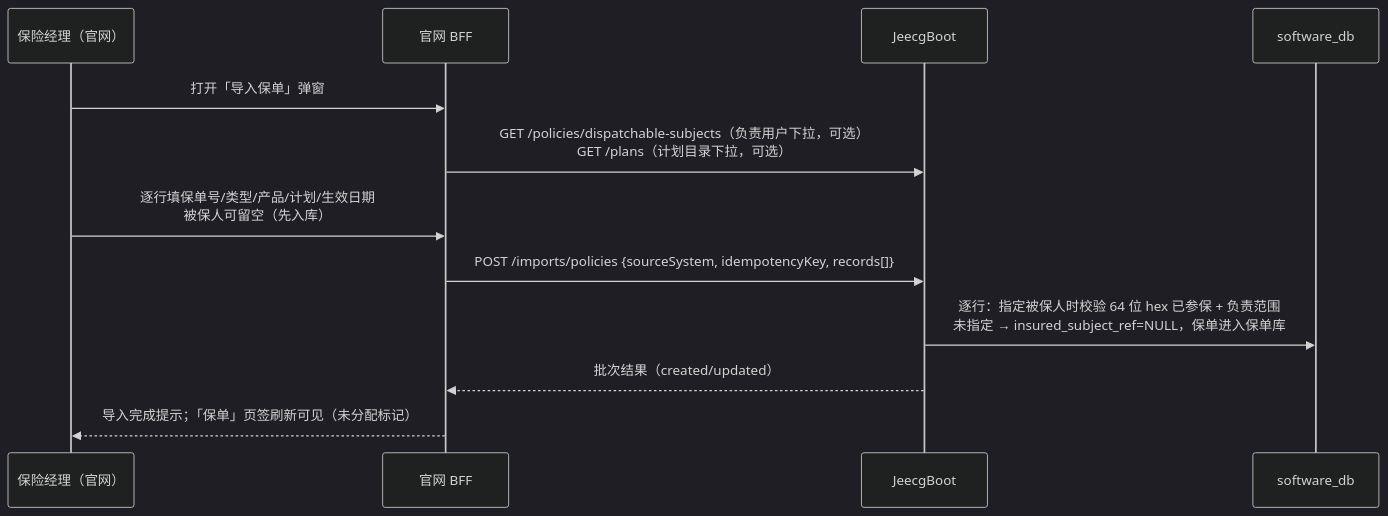
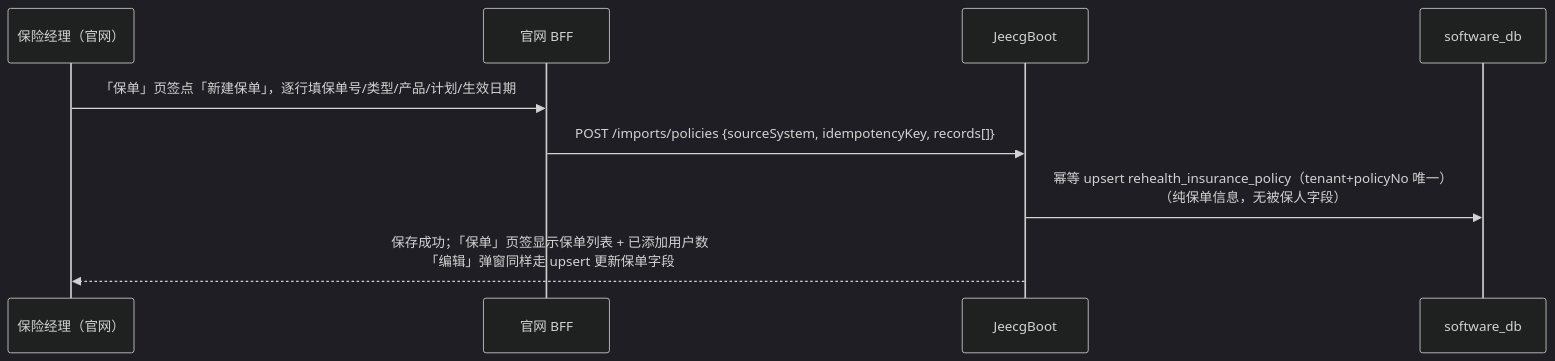
Before and after one commit to wjmlong/rehealth_tongbu: the third of 7 diagrams in docs/保险侧保单创建与派发流程.md, drawn with Mermaid (dark theme). The commit also changed other lines of this file and 19 other files, not shown here.

````diff
--- a/docs/保险侧保单创建与派发流程.md
+++ b/docs/保险侧保单创建与派发流程.md
@@ -97,14 +91,11 @@
 ```mermaid
 sequenceDiagram
     participant M as 保险经理（官网）
     participant BFF as 官网 BFF
     participant JEE as JeecgBoot
     participant DB as software_db
-    M->>BFF: 打开「导入保单」弹窗
-    BFF->>JEE: GET /policies/dispatchable-subjects（负责用户下拉，可选）<br>GET /plans（计划目录下拉，可选）
-    M->>BFF: 逐行填保单号/类型/产品/计划/生效日期<br>被保人可留空（先入库）
+    M->>BFF: 「保单」页签点「新建保单」，逐行填保单号/类型/产品/计划/生效日期
     BFF->>JEE: POST /imports/policies {sourceSystem, idempotencyKey, records[]}
-    JEE->>DB: 逐行：指定被保人时校验 64 位 hex 已参保 + 负责范围<br>未指定 → insured_subject_ref=NULL，保单进入保单库
-    JEE-->>BFF: 批次结果（created/updated）
-    BFF-->>M: 导入完成提示；「保单」页签刷新可见（未分配标记）
+    JEE->>DB: 幂等 upsert rehealth_insurance_policy（tenant+policyNo 唯一）<br>（纯保单信息，无被保人字段）
+    JEE-->>M: 保存成功；「保单」页签显示保单列表 + 已添加用户数<br>「编辑」弹窗同样走 upsert 更新保单字段
 ```
````
